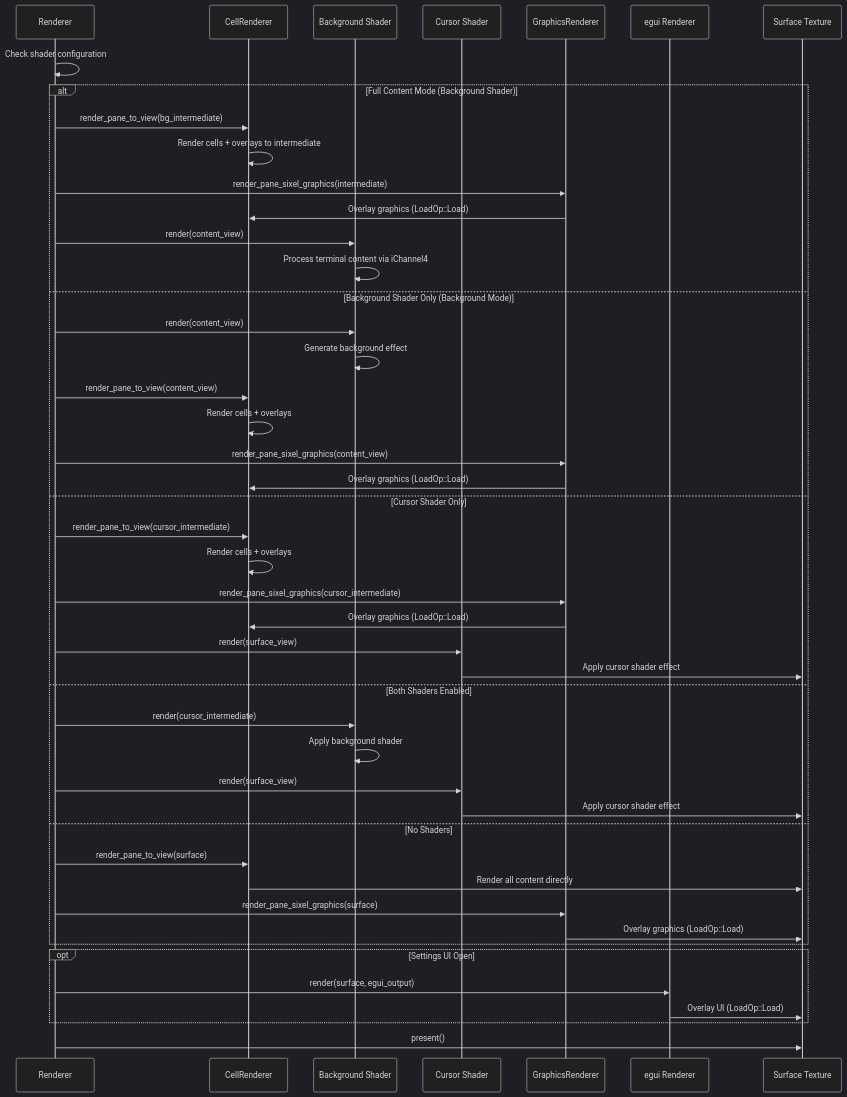
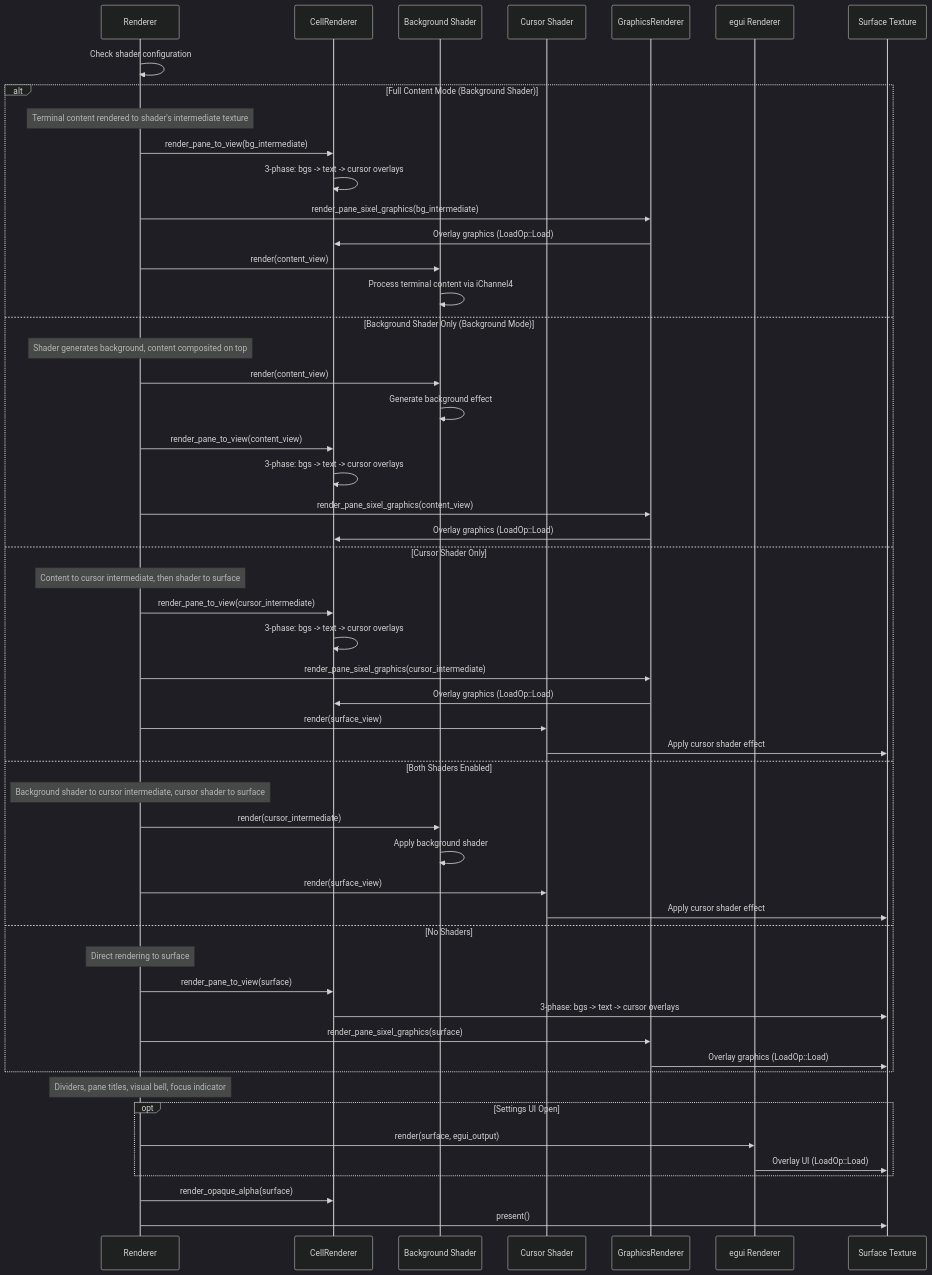
One commit to paulrobello/par-term changed the second of 5 diagrams in docs/COMPOSITOR.md. Above: the diagram before and after it, drawn with Mermaid (dark theme). The commit also changed other lines of this file and 38 other files, not shown here.

````diff
--- a/docs/COMPOSITOR.md
+++ b/docs/COMPOSITOR.md
@@ -86,52 +88,60 @@
 ```mermaid
 sequenceDiagram
     participant Renderer as Renderer
     participant CR as CellRenderer
     participant BSR as Background Shader
     participant CSR as Cursor Shader
     participant GR as GraphicsRenderer
     participant Egui as egui Renderer
     participant Surface as Surface Texture
 
     Renderer->>Renderer: Check shader configuration
 
     alt Full Content Mode (Background Shader)
+        Note over Renderer: Terminal content rendered to shader's intermediate texture
         Renderer->>CR: render_pane_to_view(bg_intermediate)
-        CR->>CR: Render cells + overlays to intermediate
-        Renderer->>GR: render_pane_sixel_graphics(intermediate)
+        CR->>CR: 3-phase: bgs -> text -> cursor overlays
+        Renderer->>GR: render_pane_sixel_graphics(bg_intermediate)
         GR->>CR: Overlay graphics (LoadOp::Load)
         Renderer->>BSR: render(content_view)
         BSR->>BSR: Process terminal content via iChannel4
     else Background Shader Only (Background Mode)
+        Note over Renderer: Shader generates background, content composited on top
         Renderer->>BSR: render(content_view)
         BSR->>BSR: Generate background effect
         Renderer->>CR: render_pane_to_view(content_view)
-        CR->>CR: Render cells + overlays
+        CR->>CR: 3-phase: bgs -> text -> cursor overlays
         Renderer->>GR: render_pane_sixel_graphics(content_view)
         GR->>CR: Overlay graphics (LoadOp::Load)
     else Cursor Shader Only
+        Note over Renderer: Content to cursor intermediate, then shader to surface
         Renderer->>CR: render_pane_to_view(cursor_intermediate)
-        CR->>CR: Render cells + overlays
+        CR->>CR: 3-phase: bgs -> text -> cursor overlays
         Renderer->>GR: render_pane_sixel_graphics(cursor_intermediate)
         GR->>CR: Overlay graphics (LoadOp::Load)
         Renderer->>CSR: render(surface_view)
         CSR->>Surface: Apply cursor shader effect
     else Both Shaders Enabled
+        Note over Renderer: Background shader to cursor intermediate, cursor shader to surface
         Renderer->>BSR: render(cursor_intermediate)
         BSR->>BSR: Apply background shader
         Renderer->>CSR: render(surface_view)
         CSR->>Surface: Apply cursor shader effect
     else No Shaders
+        Note over Renderer: Direct rendering to surface
         Renderer->>CR: render_pane_to_view(surface)
-        CR->>Surface: Render all content directly
+        CR->>Surface: 3-phase: bgs -> text -> cursor overlays
         Renderer->>GR: render_pane_sixel_graphics(surface)
         GR->>Surface: Overlay graphics (LoadOp::Load)
     end
+
+    Note over Renderer: Dividers, pane titles, visual bell, focus indicator
 
     opt Settings UI Open
         Renderer->>Egui: render(surface, egui_output)
         Egui->>Surface: Overlay UI (LoadOp::Load)
     end
 
+    Renderer->>CR: render_opaque_alpha(surface)
     Renderer->>Surface: present()
 ```
````
